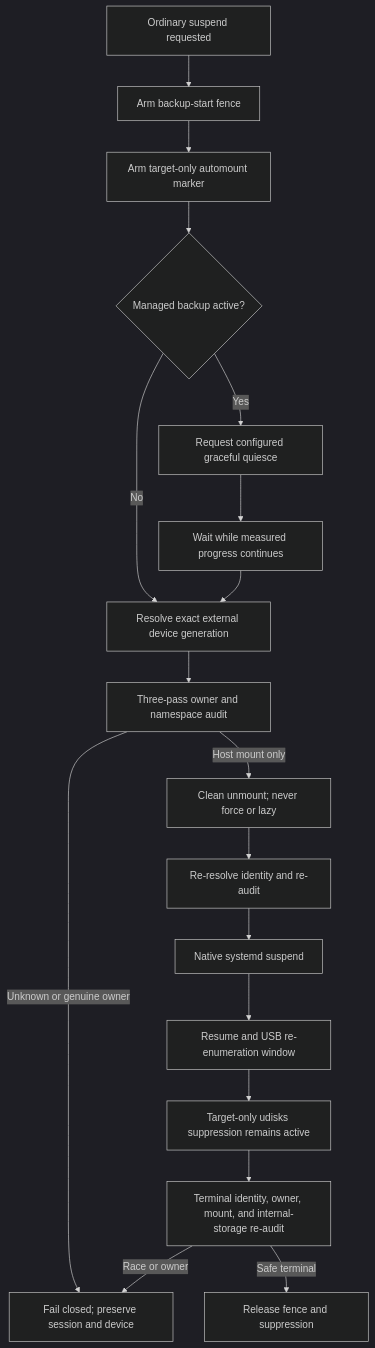
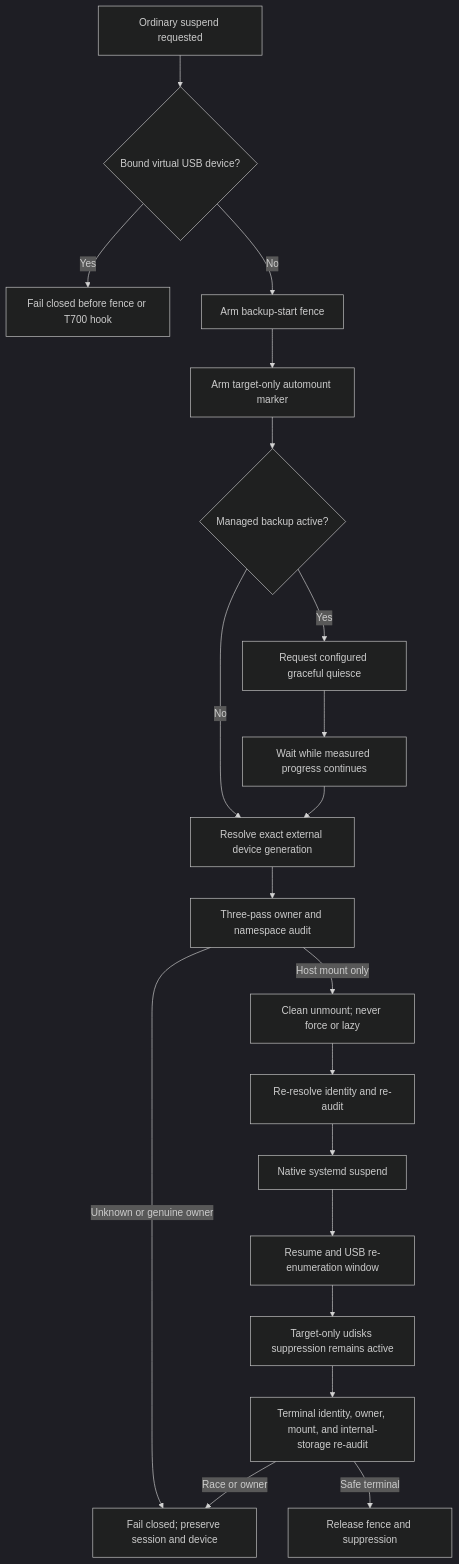
One commit to aagprojectsteam-max/aag-external-storage-safe-suspend-linux changed the diagram in README.md. Above: the diagram before and after it, drawn with Mermaid (dark theme). The commit also changed other lines of this file and 37 other files, not shown here.

Commit message:
Fix bound USBClone ordinary suspend regression

````diff
--- a/README.md
+++ b/README.md
@@ -22,20 +27,22 @@
 ```mermaid
 flowchart TD
-    A[Ordinary suspend requested] --> B[Arm backup-start fence]
+    A[Ordinary suspend requested] --> A2{Bound virtual USB device?}
+    A2 -- Yes --> X0[Fail closed before fence or T700 hook]
+    A2 -- No --> B[Arm backup-start fence]
     B --> B2[Arm target-only automount marker]
     B2 --> C{Managed backup active?}
     C -- Yes --> D[Request configured graceful quiesce]
     D --> D2[Wait while measured progress continues]
     C -- No --> E[Resolve exact external device generation]
     D2 --> E
     E --> F[Three-pass owner and namespace audit]
     F -->|Unknown or genuine owner| X[Fail closed; preserve session and device]
     F -->|Host mount only| G[Clean unmount; never force or lazy]
     G --> H[Re-resolve identity and re-audit]
     H --> I[Native systemd suspend]
     I --> J[Resume and USB re-enumeration window]
     J --> K[Target-only udisks suppression remains active]
     K --> L[Terminal identity, owner, mount, and internal-storage re-audit]
     L -->|Safe terminal| M[Release fence and suppression]
     L -->|Race or owner| X
 ```
````
